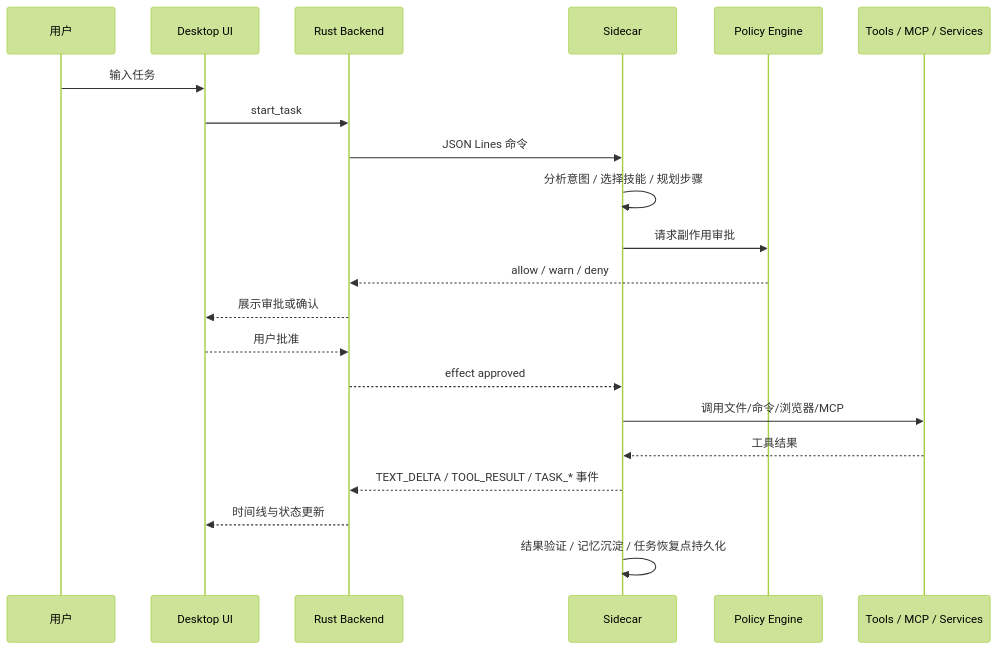
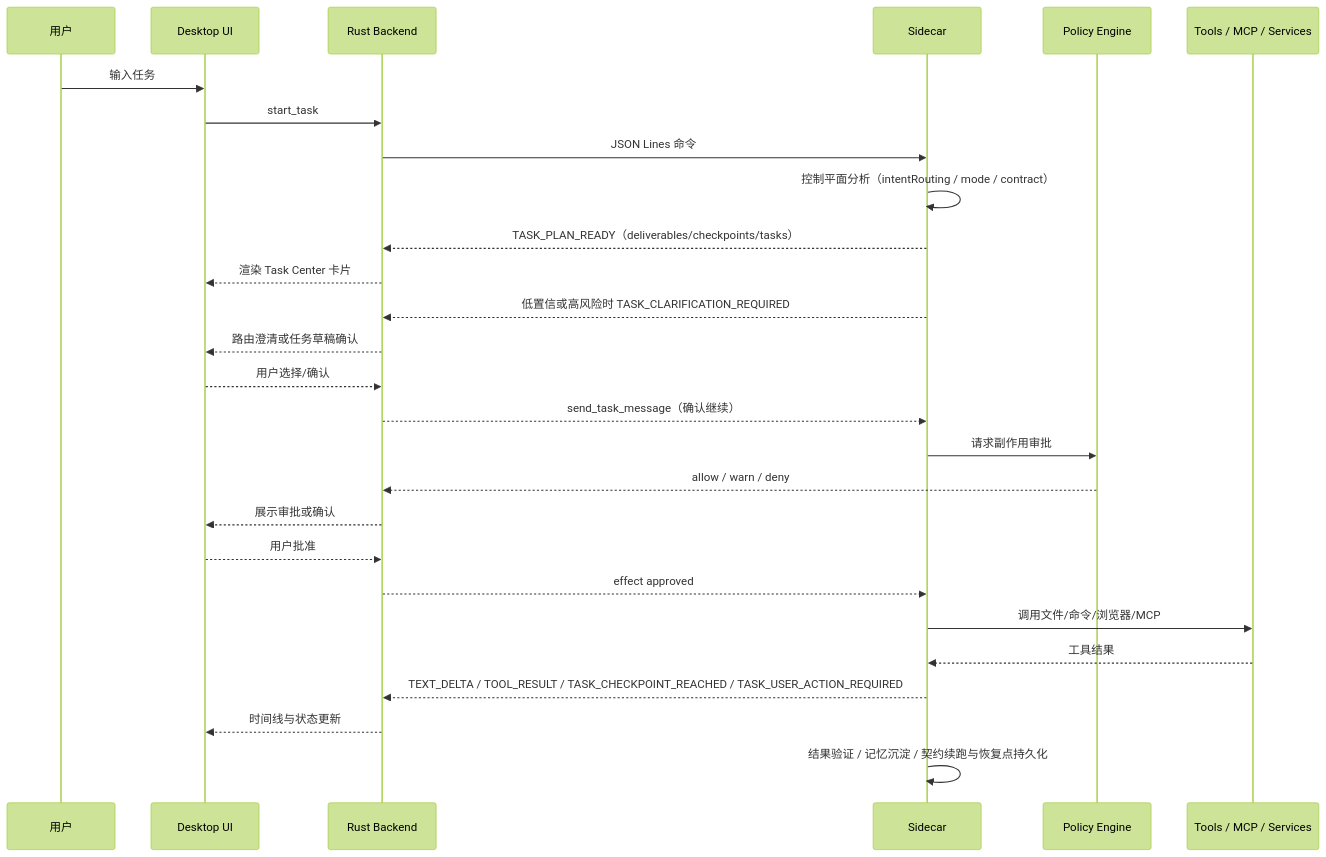
The second of 2 diagrams in README.md (GiantClam/coworkany), drawn with Mermaid (forest theme) before and after one commit. The commit also changed other lines of this file and 61 other files, not shown here.

Commit message:
Improve task collaboration UI and harden sidecar IPC startup

````diff
--- a/README.md
+++ b/README.md
@@ -99,24 +129,30 @@
 ```mermaid
 sequenceDiagram
     participant User as 用户
     participant UI as Desktop UI
     participant Rust as Rust Backend
     participant Sidecar as Sidecar
     participant Policy as Policy Engine
     participant Tools as Tools / MCP / Services
 
     User->>UI: 输入任务
     UI->>Rust: start_task
     Rust->>Sidecar: JSON Lines 命令
-    Sidecar->>Sidecar: 分析意图 / 选择技能 / 规划步骤
+    Sidecar->>Sidecar: 控制平面分析（intentRouting / mode / contract）
+    Sidecar-->>Rust: TASK_PLAN_READY（deliverables/checkpoints/tasks）
+    Rust-->>UI: 渲染 Task Center 卡片
+    Sidecar-->>Rust: 低置信或高风险时 TASK_CLARIFICATION_REQUIRED
+    Rust-->>UI: 路由澄清或任务草稿确认
+    UI-->>Rust: 用户选择/确认
+    Rust-->>Sidecar: send_task_message（确认继续）
     Sidecar->>Policy: 请求副作用审批
     Policy-->>Rust: allow / warn / deny
     Rust-->>UI: 展示审批或确认
     UI-->>Rust: 用户批准
     Rust-->>Sidecar: effect approved
     Sidecar->>Tools: 调用文件/命令/浏览器/MCP
     Tools-->>Sidecar: 工具结果
-    Sidecar-->>Rust: TEXT_DELTA / TOOL_RESULT / TASK_* 事件
+    Sidecar-->>Rust: TEXT_DELTA / TOOL_RESULT / TASK_CHECKPOINT_REACHED / TASK_USER_ACTION_REQUIRED
     Rust-->>UI: 时间线与状态更新
-    Sidecar->>Sidecar: 结果验证 / 记忆沉淀 / 任务恢复点持久化
+    Sidecar->>Sidecar: 结果验证 / 记忆沉淀 / 契约续跑与恢复点持久化
 ```
````
